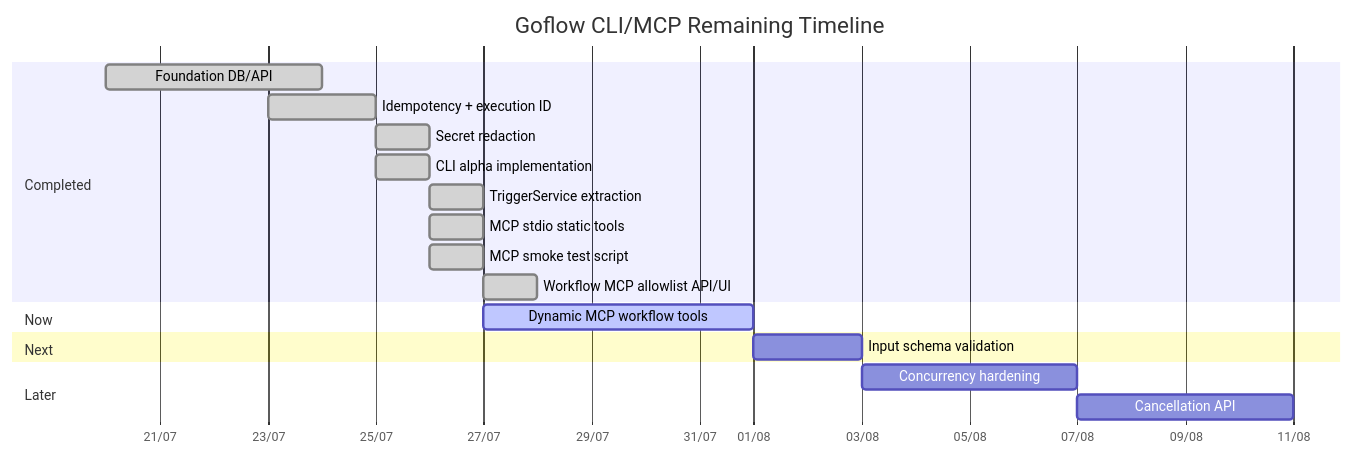
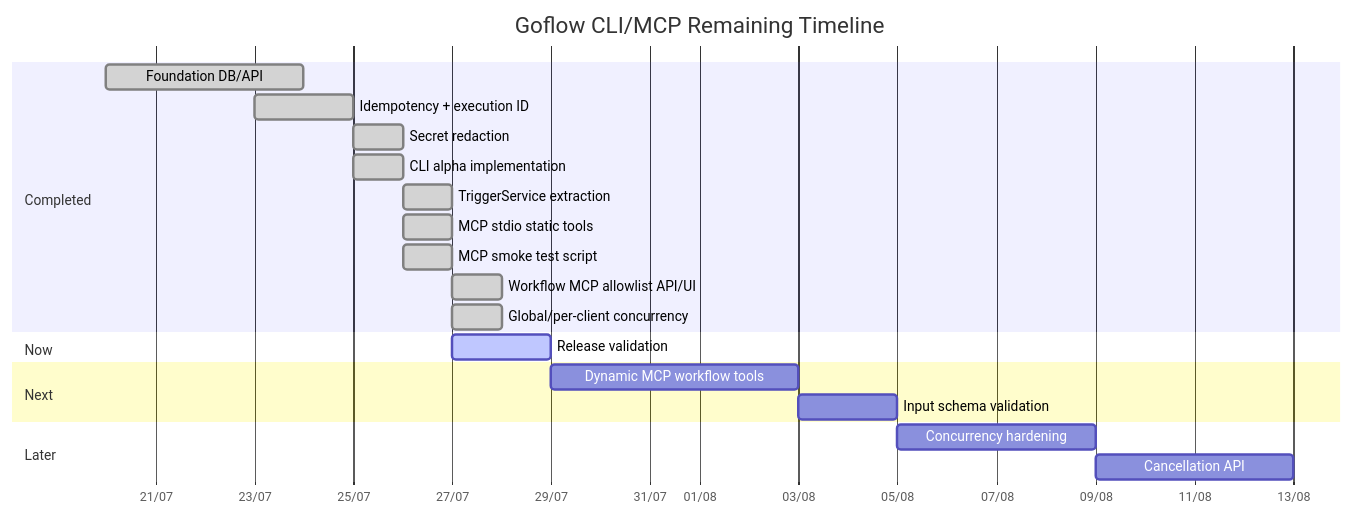
The second of 2 diagrams in ROADMAP_PROGRESS.md (hstptcn5/Goflow), drawn with Mermaid before and after one commit. The commit also changed other lines of this file and 5 other files, not shown here.

First line of the commit message:
Enforce per-client MCP inflight limit

````diff
--- a/ROADMAP_PROGRESS.md
+++ b/ROADMAP_PROGRESS.md
@@ -59,26 +59,28 @@
 ```mermaid
 gantt
     title Goflow CLI/MCP Remaining Timeline
     dateFormat  YYYY-MM-DD
     axisFormat  %d/%m
 
     section Completed
     Foundation DB/API             :done, f1, 2026-07-20, 4d
     Idempotency + execution ID     :done, f2, 2026-07-23, 2d
     Secret redaction               :done, f3, 2026-07-25, 1d
     CLI alpha implementation       :done, cli1, 2026-07-25, 1d
     TriggerService extraction      :done, svc1, 2026-07-26, 1d
     MCP stdio static tools         :done, mcp1, 2026-07-26, 1d
     MCP smoke test script          :done, mcp2, 2026-07-26, 1d
     Workflow MCP allowlist API/UI  :done, mcp3, 2026-07-27, 1d
+    Global/per-client concurrency  :done, hard0, 2026-07-27, 1d
 
     section Now
-    Dynamic MCP workflow tools     :active, mcp4, 2026-07-27, 5d
+    Release validation             :active, rel1, 2026-07-27, 2d
 
     section Next
+    Dynamic MCP workflow tools     :mcp4, after rel1, 5d
     Input schema validation        :mcp5, after mcp4, 2d
 
     section Later
     Concurrency hardening          :hard1, after mcp5, 4d
     Cancellation API               :hard2, after hard1, 4d
 ```
````
